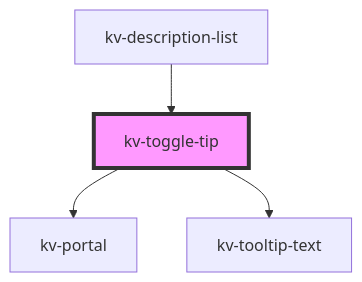
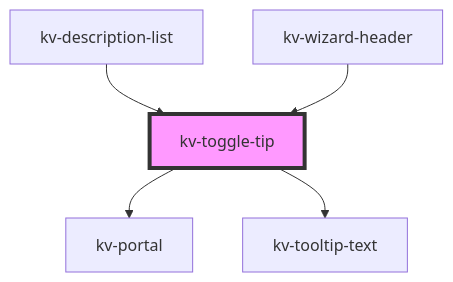
Before and after one commit to kelvininc/ui-components: the diagram in packages/ui-components/src/components/toggle-tip/readme.md, drawn with Mermaid. The commit also changed other lines of this file and 10 other files, not shown here.

Commit message:
feat(wizard): add a toggle-tip to the wizard header

````diff
--- a/packages/ui-components/src/components/toggle-tip/readme.md
+++ b/packages/ui-components/src/components/toggle-tip/readme.md
@@ -99,7 +100,8 @@
 ```mermaid
 graph TD;
   kv-toggle-tip --> kv-portal
   kv-toggle-tip --> kv-tooltip-text
   kv-description-list --> kv-toggle-tip
+  kv-wizard-header --> kv-toggle-tip
   style kv-toggle-tip fill:#f9f,stroke:#333,stroke-width:4px
 ```
````
